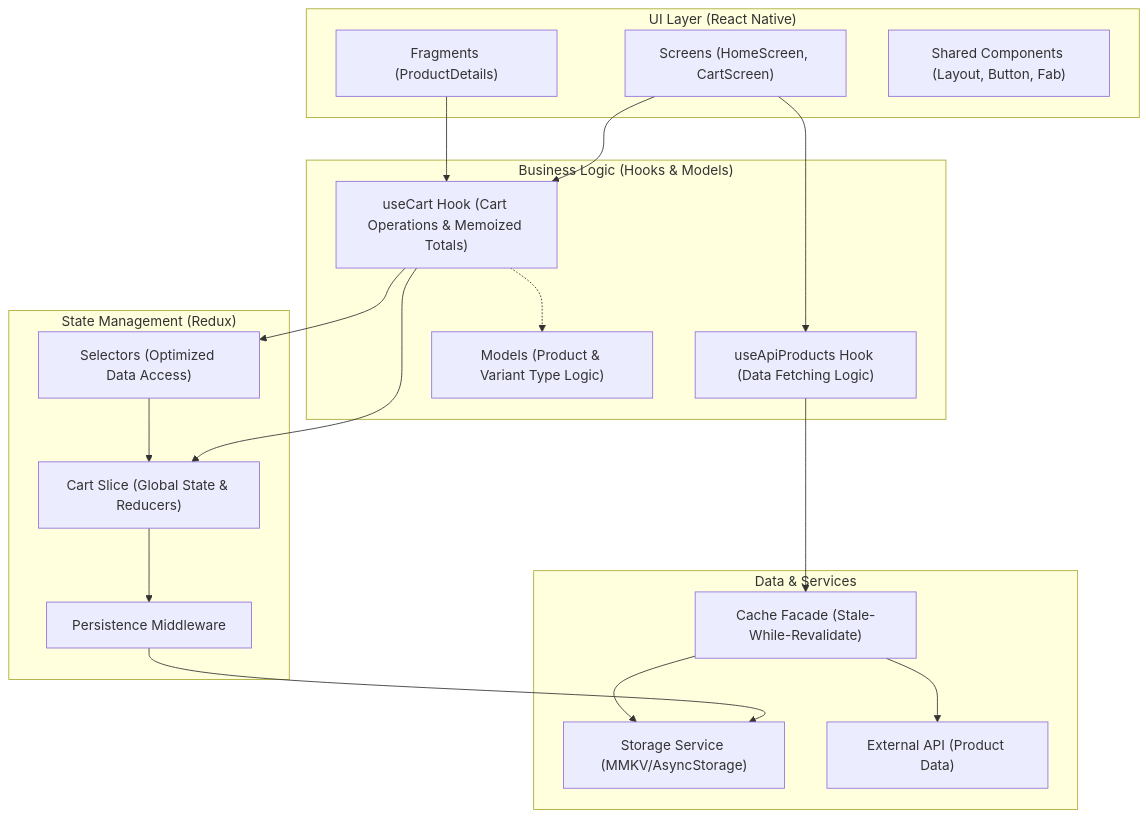
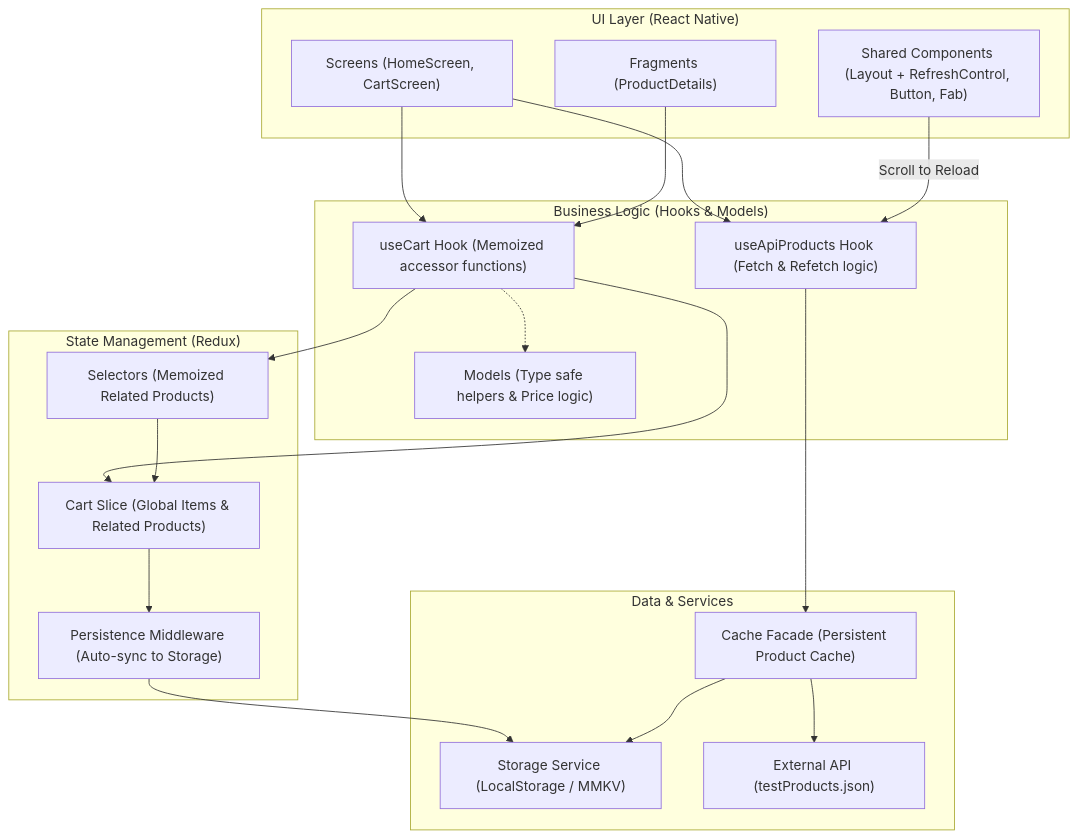
The diagram in README.md (dann1609/reactiveApp), drawn with Mermaid before and after one commit. The commit also changed other lines of this file and 3 other files, not shown here.

Commit message:
On refresh control implemented. readme updated.

````diff
--- a/README.md
+++ b/README.md
@@ -94,43 +94,45 @@
 ```mermaid
 graph TD
     subgraph UI ["UI Layer (React Native)"]
         Screens["Screens (HomeScreen, CartScreen)"]
         Fragments["Fragments (ProductDetails)"]
-        Components["Shared Components (Layout, Button, Fab)"]
+        Components["Shared Components (Layout + RefreshControl, Button, Fab)"]
     end
 
     subgraph Logic ["Business Logic (Hooks & Models)"]
-        useCart["useCart Hook (Cart Operations & Memoized Totals)"]
-        useApiProducts["useApiProducts Hook (Data Fetching Logic)"]
-        Models["Models (Product & Variant Type Logic)"]
+        useCart["useCart Hook (Memoized accessor functions)"]
+        useApiProducts["useApiProducts Hook (Fetch & Refetch logic)"]
+        Models["Models (Type safe helpers & Price logic)"]
     end
 
     subgraph State ["State Management (Redux)"]
-        CartSlice["Cart Slice (Global State & Reducers)"]
-        Selectors["Selectors (Optimized Data Access)"]
-        Persistence["Persistence Middleware"]
+        CartSlice["Cart Slice (Global Items & Related Products)"]
+        Selectors["Selectors (Memoized Related Products)"]
+        Persistence["Persistence Middleware (Auto-sync to Storage)"]
     end
 
     subgraph Data ["Data & Services"]
-        Storage["Storage Service (MMKV/AsyncStorage)"]
-        Cache["Cache Facade (Stale-While-Revalidate)"]
-        API["External API (Product Data)"]
+        Storage["Storage Service (LocalStorage / MMKV)"]
+        Cache["Cache Facade (Persistent Product Cache)"]
+        API["External API (testProducts.json)"]
     end
 
     %% Relationships
     Screens --> useCart
     Screens --> useApiProducts
     Fragments --> useCart
+    
+    Components -- "Scroll to Reload" --> useApiProducts
     
     useCart --> CartSlice
     useCart --> Selectors
     useCart -.-> Models
     
     Selectors --> CartSlice
     CartSlice --> Persistence
     Persistence --> Storage
     
     useApiProducts --> Cache
     Cache --> API
     Cache --> Storage
 ```
````
